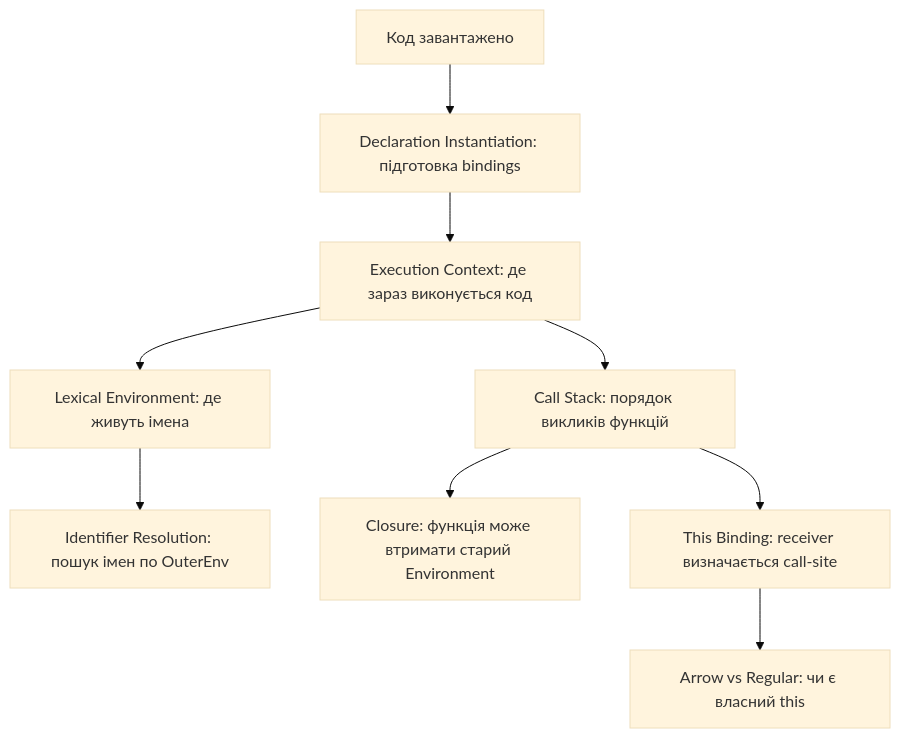
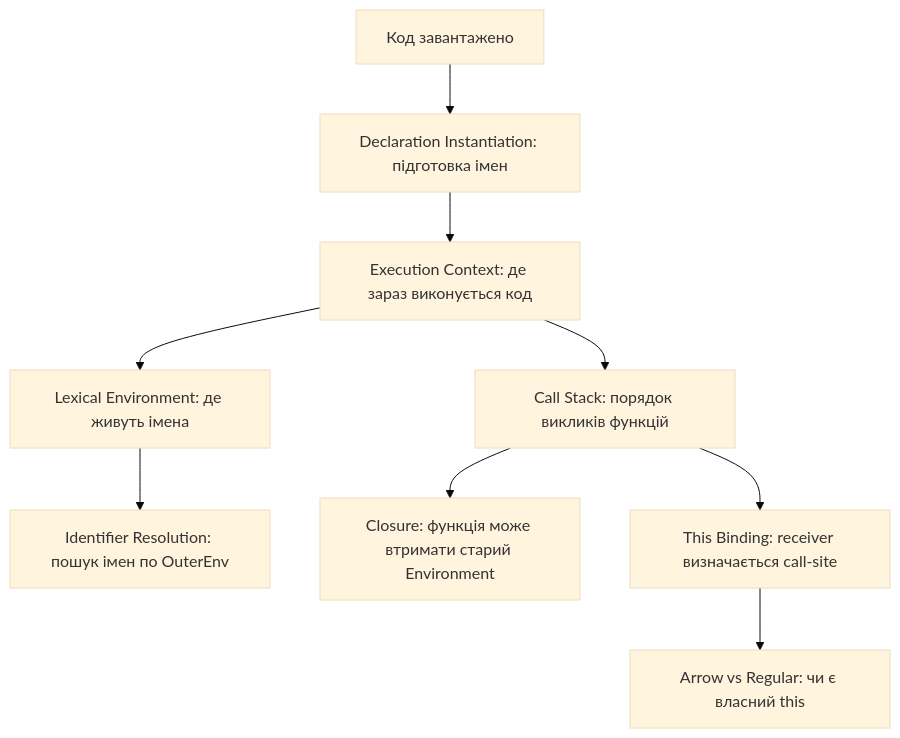
One commit to filippovskii09/knowledge-lab changed the diagram in js-lab/execution-model/00-big-picture/README.md. Above: the diagram before and after it, drawn with Mermaid (base theme). The commit also changed other lines of this file and 3 other files, not shown here.

````diff
--- a/js-lab/execution-model/00-big-picture/README.md
+++ b/js-lab/execution-model/00-big-picture/README.md
@@ -60,11 +60,11 @@
 ```mermaid
 flowchart TD
-  A["Код завантажено"] --> B["Declaration Instantiation: підготовка bindings"]
+  A["Код завантажено"] --> B["Declaration Instantiation: підготовка імен"]
   B --> C["Execution Context: де зараз виконується код"]
   C --> D["Lexical Environment: де живуть імена"]
   D --> E["Identifier Resolution: пошук імен по OuterEnv"]
   C --> F["Call Stack: порядок викликів функцій"]
   F --> G["Closure: функція може втримати старий Environment"]
   F --> H["This Binding: receiver визначається call-site"]
   H --> I["Arrow vs Regular: чи є власний this"]
 ```
````
